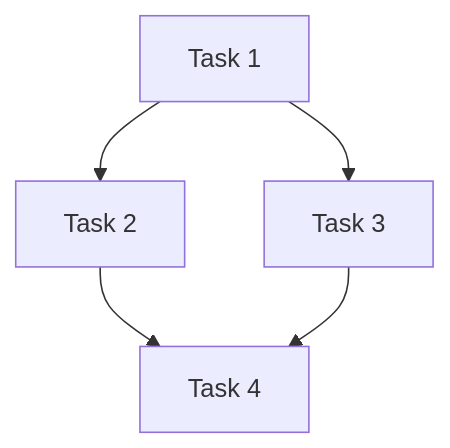
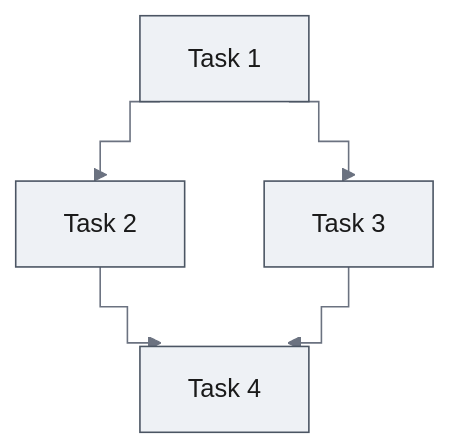
The second of 2 diagrams in skills/documentation-criteria/references/plan-template.md (tundraray/overture), drawn with Mermaid before and after one commit. The commit also changed other lines of this file and 60 other files, not shown here.

````diff
--- a/skills/documentation-criteria/references/plan-template.md
+++ b/skills/documentation-criteria/references/plan-template.md
@@ -37,7 +49,19 @@
 ```mermaid
+---
+config:
+  theme: base
+  look: classic
+  themeVariables:
+    primaryColor: "#eef1f5"
+    primaryBorderColor: "#4b5563"
+    primaryTextColor: "#1a1a1a"
+    lineColor: "#6b7280"
+  flowchart:
+    curve: step
+---
 graph TD
     T1[Task 1] --> T2[Task 2]
     T1 --> T3[Task 3]
     T2 --> T4[Task 4]
     T3 --> T4
 ```
````
